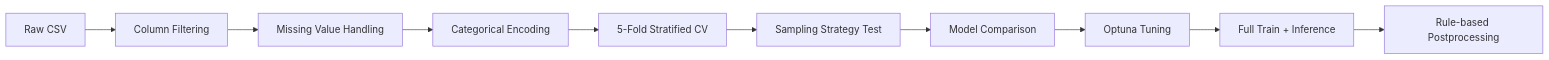
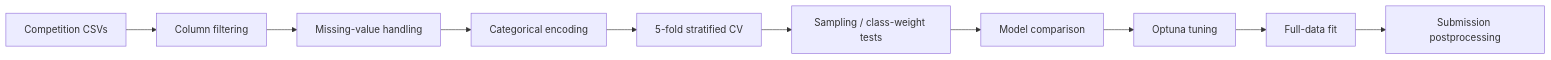
The diagram in README.md (scnelMG/LG_AImers_6th_pregnancy_prediction), drawn with Mermaid before and after one commit. The commit also changed other lines of this file and 2 other files, not shown here.

````diff
--- a/README.md
+++ b/README.md
@@ -50,12 +78,12 @@
 ```mermaid
 flowchart LR
-    A["Raw CSV"] --> B["Column Filtering"]
-    B --> C["Missing Value Handling"]
-    C --> D["Categorical Encoding"]
-    D --> E["5-Fold Stratified CV"]
-    E --> F["Sampling Strategy Test"]
-    F --> G["Model Comparison"]
-    G --> H["Optuna Tuning"]
-    H --> I["Full Train + Inference"]
-    I --> J["Rule-based Postprocessing"]
+    A["Competition CSVs"] --> B["Column filtering"]
+    B --> C["Missing-value handling"]
+    C --> D["Categorical encoding"]
+    D --> E["5-fold stratified CV"]
+    E --> F["Sampling / class-weight tests"]
+    F --> G["Model comparison"]
+    G --> H["Optuna tuning"]
+    H --> I["Full-data fit"]
+    I --> J["Submission postprocessing"]
 ```
````
